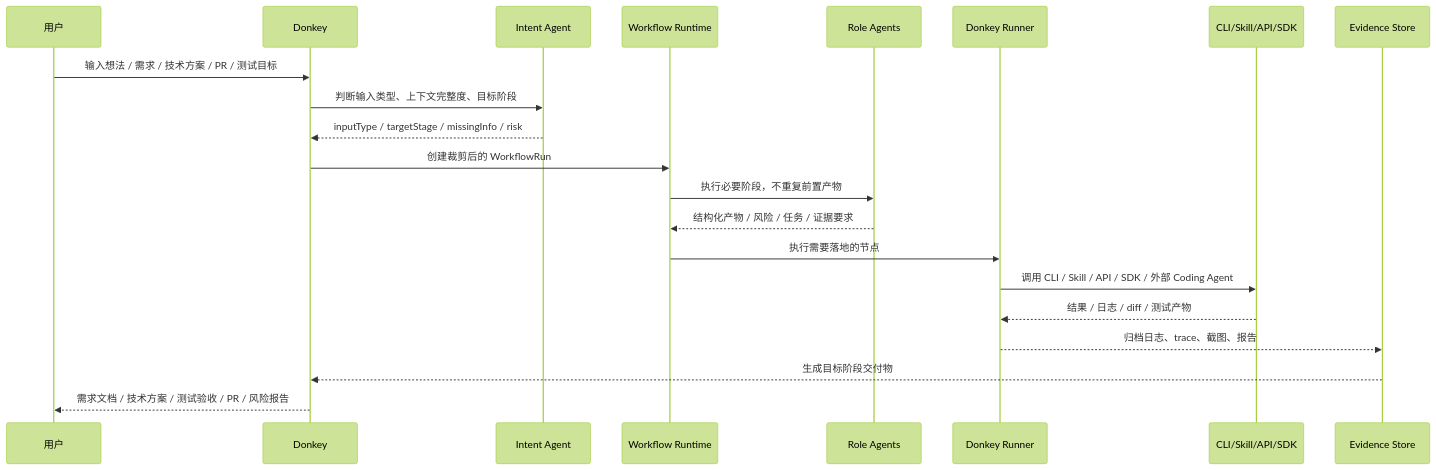
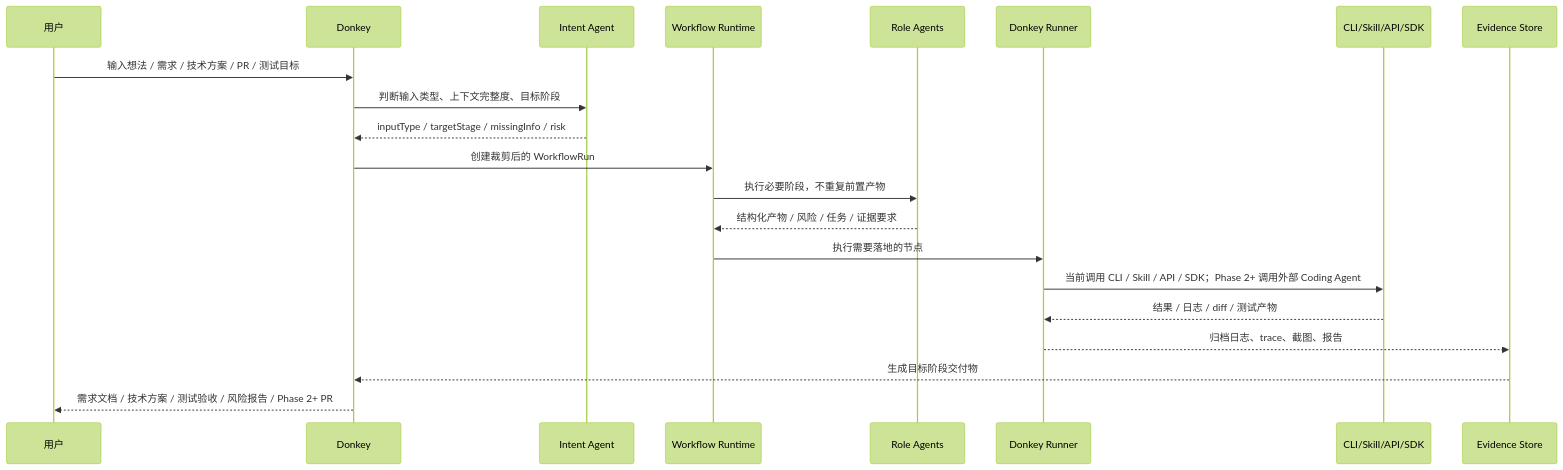
Before and after one commit to zesming/tekon: the second of 2 diagrams in docs/technical/mvp-technical-plan.md, drawn with Mermaid (forest theme). The commit also changed other lines of this file and 9 other files, not shown here.

````diff
--- a/docs/technical/mvp-technical-plan.md
+++ b/docs/technical/mvp-technical-plan.md
@@ -526,24 +527,24 @@
 ```mermaid
 sequenceDiagram
   participant User as 用户
   participant Donkey as Donkey
   participant Intent as Intent Agent
   participant WF as Workflow Runtime
   participant Agent as Role Agents
   participant Runner as Donkey Runner
   participant Tool as CLI/Skill/API/SDK
   participant Evidence as Evidence Store
 
   User->>Donkey: 输入想法 / 需求 / 技术方案 / PR / 测试目标
   Donkey->>Intent: 判断输入类型、上下文完整度、目标阶段
   Intent-->>Donkey: inputType / targetStage / missingInfo / risk
   Donkey->>WF: 创建裁剪后的 WorkflowRun
   WF->>Agent: 执行必要阶段，不重复前置产物
   Agent-->>WF: 结构化产物 / 风险 / 任务 / 证据要求
   WF->>Runner: 执行需要落地的节点
-  Runner->>Tool: 调用 CLI / Skill / API / SDK / 外部 Coding Agent
+  Runner->>Tool: 当前调用 CLI / Skill / API / SDK；Phase 2+ 调用外部 Coding Agent
   Tool-->>Runner: 结果 / 日志 / diff / 测试产物
   Runner-->>Evidence: 归档日志、trace、截图、报告
   Evidence-->>Donkey: 生成目标阶段交付物
-  Donkey-->>User: 需求文档 / 技术方案 / 测试验收 / PR / 风险报告
+  Donkey-->>User: 需求文档 / 技术方案 / 测试验收 / 风险报告 / Phase 2+ PR
 ```
````
